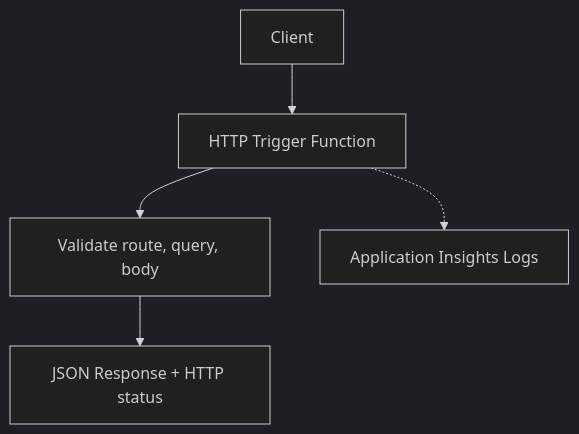
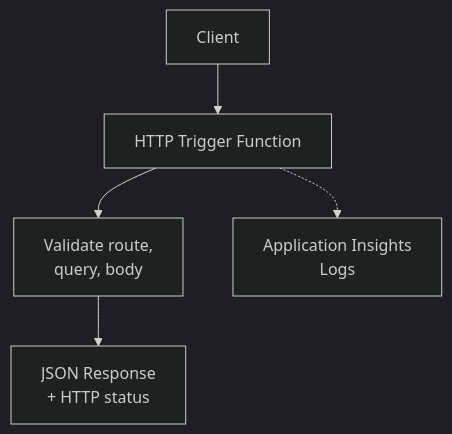
Before and after one commit to yeongseon/azure-functions-practical-guide: the diagram in docs/language-guides/java/recipes/http-api.md, drawn with Mermaid (dark theme). The commit also changed 4 other files, not shown here.

First line of the commit message:
docs(diagrams): migrate Java event and HTTP recipe flows (#488)

````diff
--- a/docs/language-guides/java/recipes/http-api.md
+++ b/docs/language-guides/java/recipes/http-api.md
@@ -25,7 +25,9 @@
 ```mermaid
 flowchart TD
+    accTitle: Java HTTP API processing and logging
+    accDescr: A client invokes the Java HTTP trigger; application logic validates route, query and body values and builds a JSON response with HTTP status. The dotted Application Insights branch represents configured logging, not an extra response-processing stage or automatic input validation.
     CLIENT[Client] --> API[HTTP Trigger Function]
-    API --> VALIDATE[Validate route, query, body]
-    VALIDATE --> RESPONSE[JSON Response + HTTP status]
-    API -.-> APPINSIGHTS[Application Insights Logs]
+    API --> VALIDATE[Validate route,<br/>query, body]
+    VALIDATE --> RESPONSE[JSON Response<br/>+ HTTP status]
+    API -.-> APPINSIGHTS[Application Insights<br/>Logs]
 ```
````
